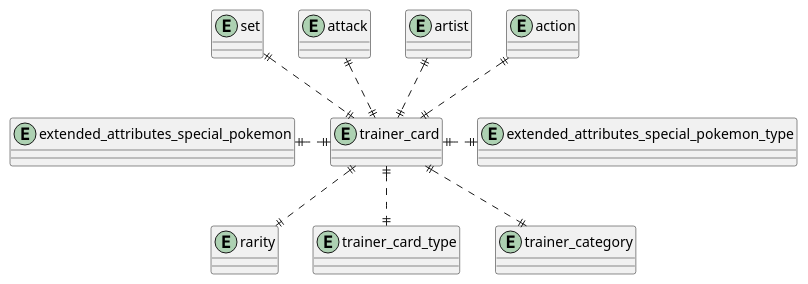
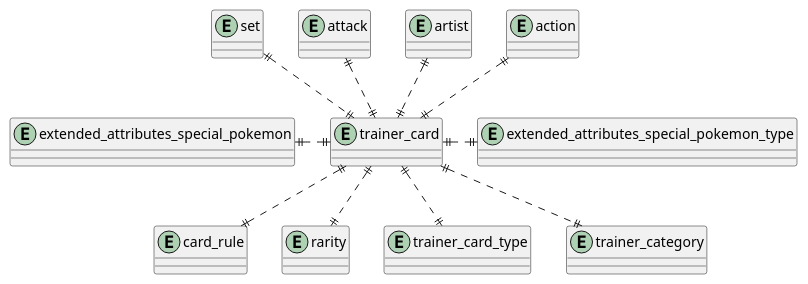
The diagram in schema/entity_relationship_diagrams/trainer-card-relationships.puml (pkgreen90/pokemon-tcg-data), drawn with PlantUML before and after one commit. The commit also changed 3 other files, not shown here.

Commit message:
Updated schemas and image exports

```diff
--- a/schema/entity_relationship_diagrams/trainer-card-relationships.puml
+++ b/schema/entity_relationship_diagrams/trainer-card-relationships.puml
@@ -1,24 +1,26 @@
 @startuml trainer-card-relationships
 
 entity "action" as action {}
 entity "artist" as artist {}
 entity "attack" as attack {}
+entity "card_rule" as card_rule {}
 entity "extended_attributes_special_pokemon" as extended_attributes_special_pokemon {}
 entity "extended_attributes_special_pokemon_type" as extended_attributes_special_pokemon_type {}
 entity "rarity" as rarity {}
 entity "set" as set {}
 entity "trainer_card" as trainer_card {}
 entity "trainer_card_type" as trainer_card_type {}
 entity "trainer_category" as trainer_category {}
 
 trainer_card ||..up|| action
 trainer_card ||..up|| artist
 trainer_card ||..up|| attack 
 trainer_card ||..left|| extended_attributes_special_pokemon
 trainer_card ||..right|| extended_attributes_special_pokemon_type
 trainer_card ||..|| rarity
 trainer_card ||..up|| set
 trainer_card ||..|| trainer_card_type
 trainer_card ||..|| trainer_category
+trainer_card ||..|| card_rule
 
 @enduml
```
